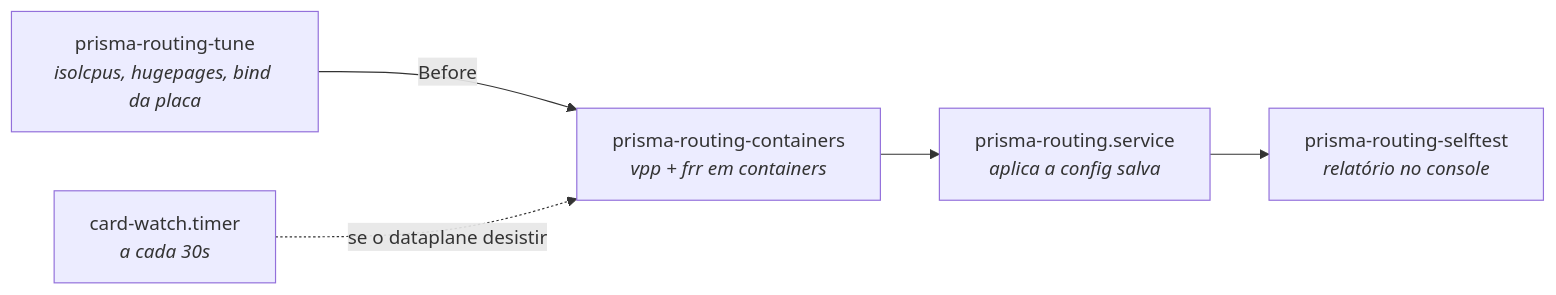
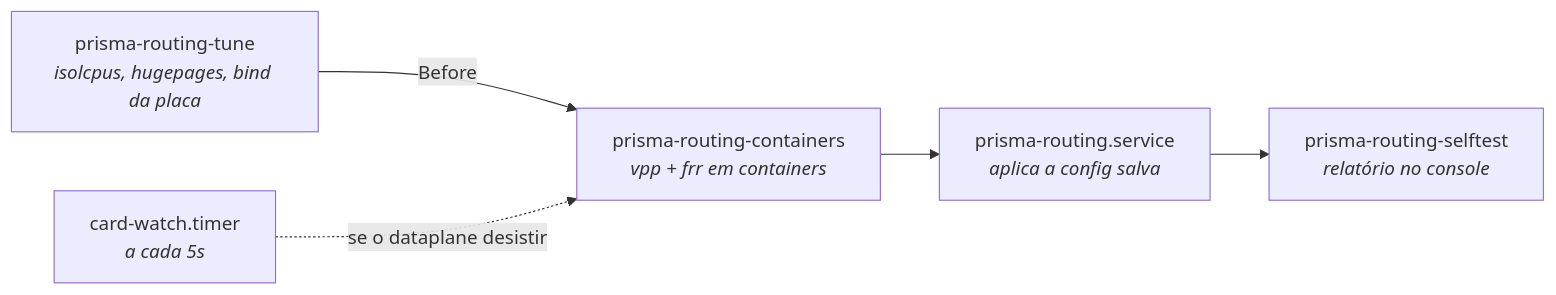
One commit to andrediashexa/prismarouting changed the first of 2 diagrams in wiki/operar/operacao-e-diagnostico.md. Above: the diagram before and after it, drawn with Mermaid. The commit also changed other lines of this file and 101 other files, not shown here.

````diff
--- a/wiki/operar/operacao-e-diagnostico.md
+++ b/wiki/operar/operacao-e-diagnostico.md
@@ -246,7 +246,7 @@
 ```mermaid
 flowchart LR
     T["prisma-routing-tune<br/><i>isolcpus, hugepages, bind da placa</i>"] -->|Before| C["prisma-routing-containers<br/><i>vpp + frr em containers</i>"]
     C --> H["prisma-routing.service<br/><i>aplica a config salva</i>"]
     H --> S["prisma-routing-selftest<br/><i>relatório no console</i>"]
-    W["card-watch.timer<br/><i>a cada 30s</i>"] -.->|se o dataplane desistir| C
+    W["card-watch.timer<br/><i>a cada 5s</i>"] -.->|se o dataplane desistir| C
 ```
````
